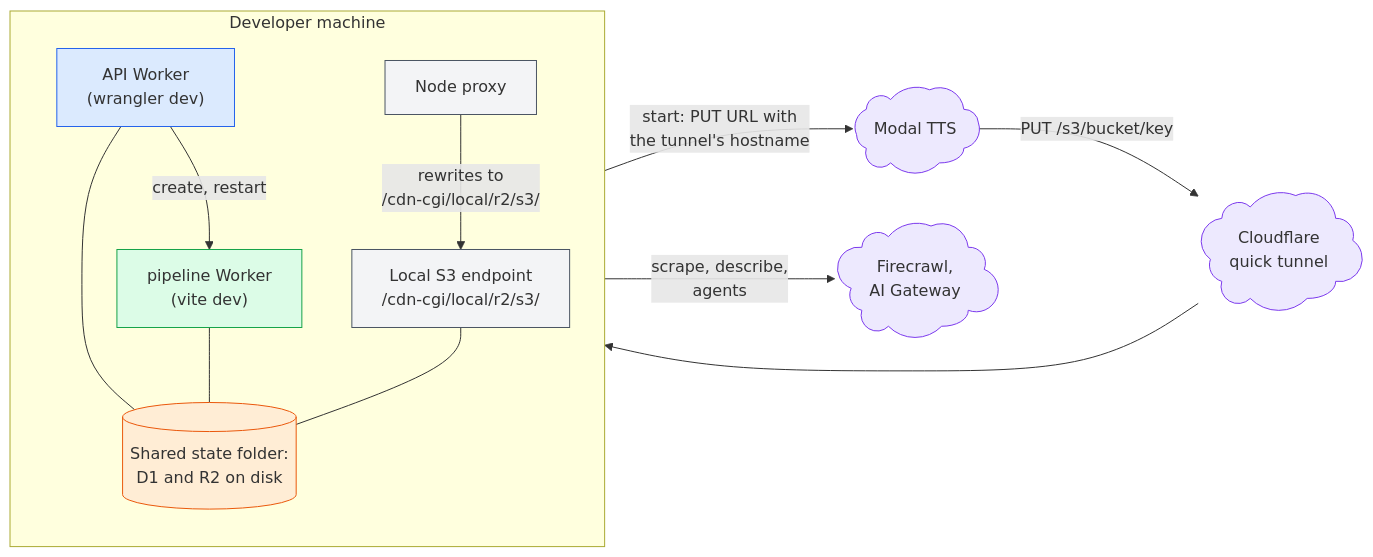
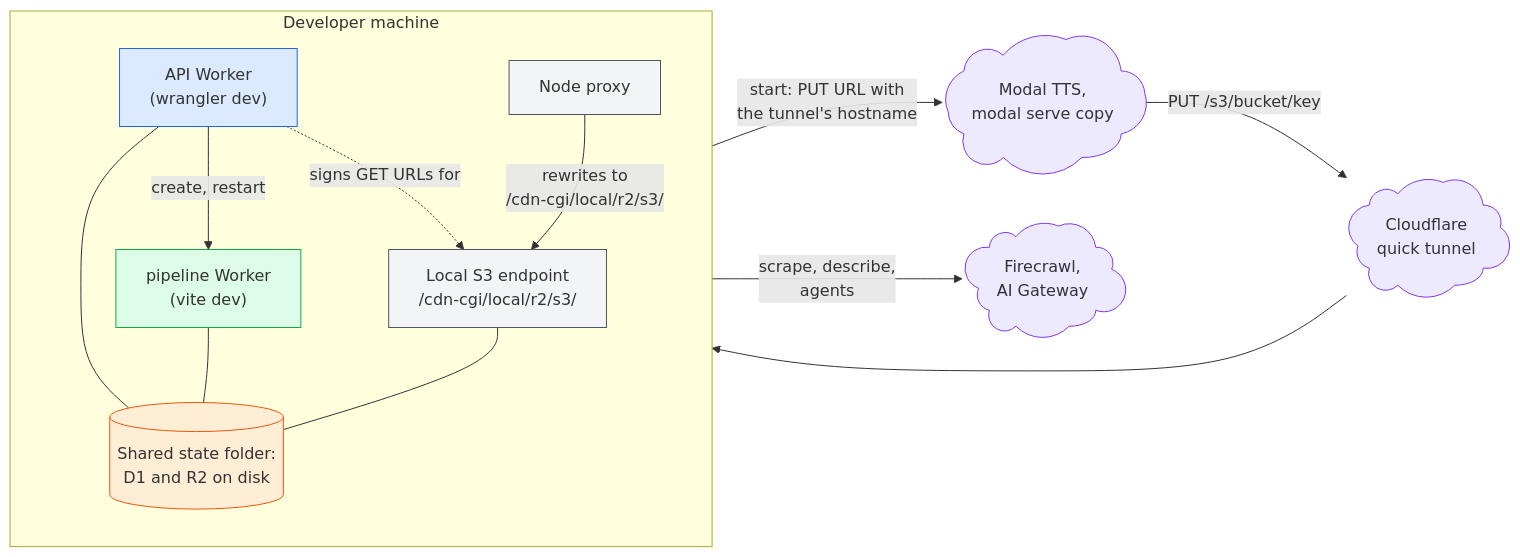
Before and after one commit to asermax/nagara: the diagram in docs/technical-design/local-development.md, drawn with Mermaid. The commit also changed other lines of this file and 8 other files, not shown here.

````diff
--- a/docs/technical-design/local-development.md
+++ b/docs/technical-design/local-development.md
@@ -23,33 +26,34 @@
 ```mermaid
 flowchart LR
   subgraph laptop ["Developer machine"]
     direction TB
     api@{ shape: rect, label: "API Worker<br/>(wrangler dev)" }
     pipe@{ shape: rect, label: "pipeline Worker<br/>(vite dev)" }
     state@{ shape: cyl, label: "Shared state folder:<br/>D1 and R2 on disk" }
     s3@{ shape: rect, label: "Local S3 endpoint<br/>/cdn-cgi/local/r2/s3/" }
     proxy@{ shape: rect, label: "Node proxy" }
   end
   tunnel@{ shape: cloud, label: "Cloudflare<br/>quick tunnel" }
-  modal@{ shape: cloud, label: "Modal TTS" }
+  modal@{ shape: cloud, label: "Modal TTS,<br/>modal serve copy" }
   ext@{ shape: cloud, label: "Firecrawl,<br/>AI Gateway" }
   api -->|"create, restart"| pipe
   api --- state
+  api -.->|"signs GET URLs for"| s3
   pipe --- state
   pipe -->|"scrape, describe,<br/>agents"| ext
   pipe -->|"start: PUT URL with<br/>the tunnel's hostname"| modal
   modal -->|"PUT /s3/bucket/key"| tunnel
   tunnel --> proxy
   proxy -->|"rewrites to<br/>/cdn-cgi/local/r2/s3/"| s3
   s3 --- state
   classDef worker fill:#dbeafe,stroke:#2563eb
   classDef flow fill:#dcfce7,stroke:#16a34a
   classDef store fill:#ffedd5,stroke:#ea580c
   classDef ext fill:#ede9fe,stroke:#7c3aed
   classDef tool fill:#f3f4f6,stroke:#4b5563
   class api worker
   class pipe flow
   class state store
   class tunnel,modal,ext ext
   class s3,proxy tool
 ```
````
